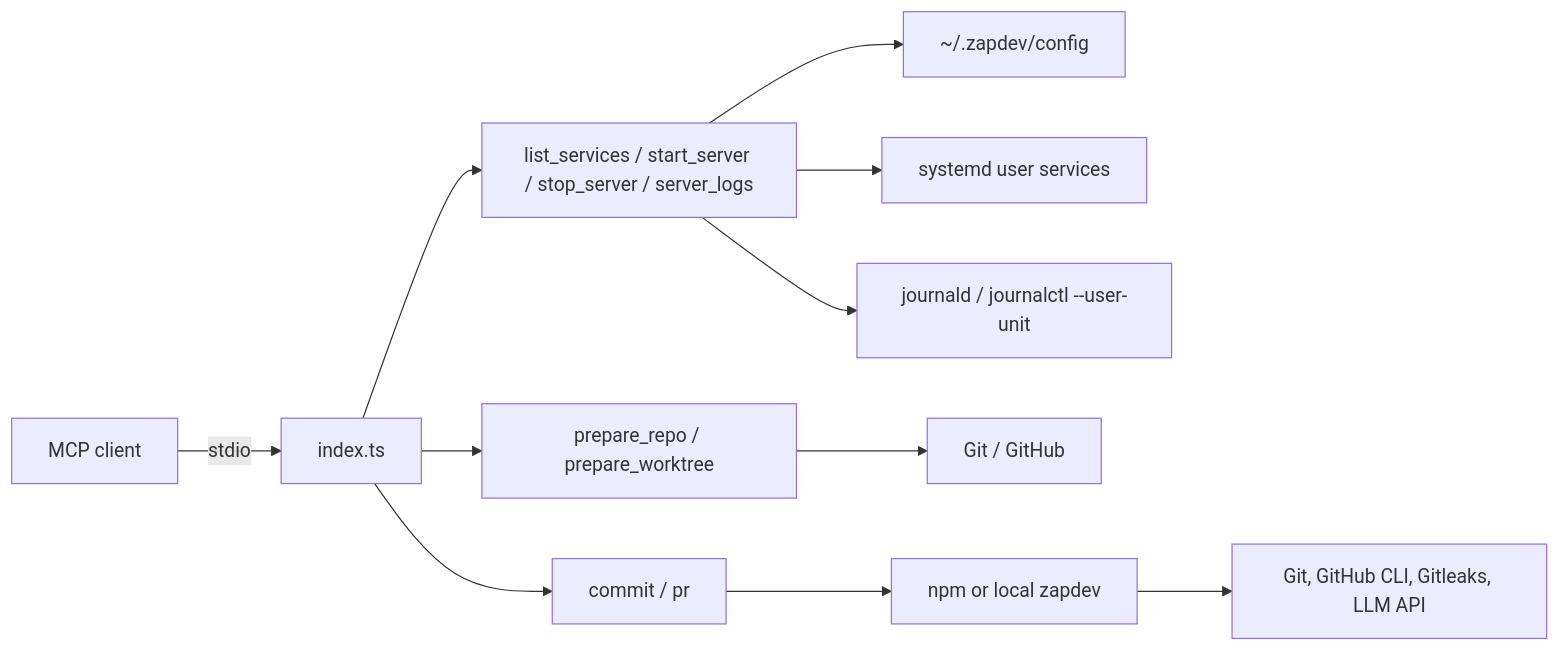
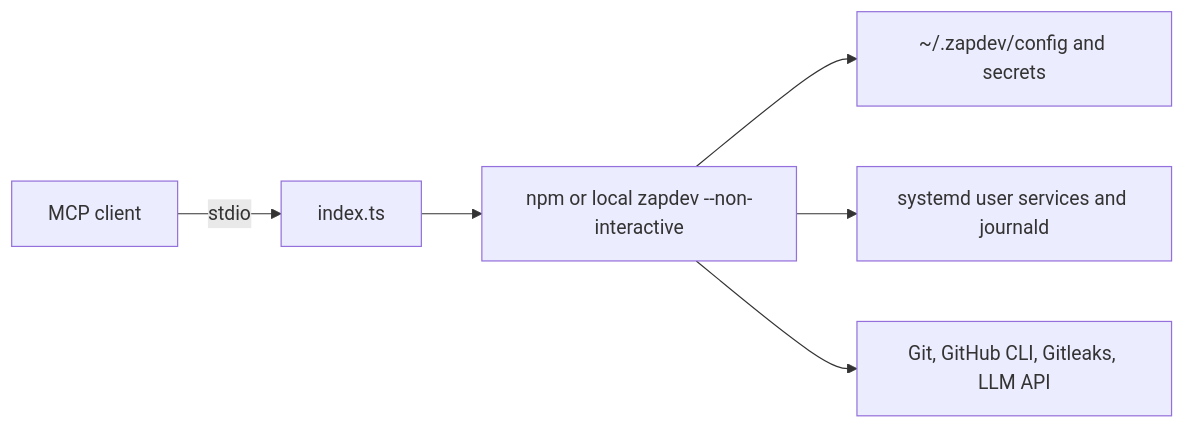
The diagram in README.md (mvagnon/zapdev-mcp), drawn with Mermaid before and after one commit. The commit also changed other lines of this file and 14 other files, not shown here.

Commit message:
refactor!: Remove legacy modules and introduce schemas and zapdev bootstrap.

````diff
--- a/README.md
+++ b/README.md
@@ -18,13 +19,8 @@
 ```mermaid
 flowchart LR
   Client["MCP client"] -->|stdio| Server["index.ts"]
-  Server --> Repos["prepare_repo / prepare_worktree"]
-  Server --> Servers["list_services / start_server / stop_server / server_logs"]
-  Servers --> Config["~/.zapdev/config"]
-  Servers --> Systemd["systemd user services"]
-  Servers --> Logs["journald / journalctl --user-unit"]
-  Server --> Commands["commit / pr"]
-  Repos --> Git["Git / GitHub"]
-  Commands --> CLI["npm or local zapdev"]
+  Server --> CLI["npm or local zapdev --non-interactive"]
+  CLI --> Config["~/.zapdev/config and secrets"]
+  CLI --> Systemd["systemd user services and journald"]
   CLI --> Tools["Git, GitHub CLI, Gitleaks, LLM API"]
 ```
````
